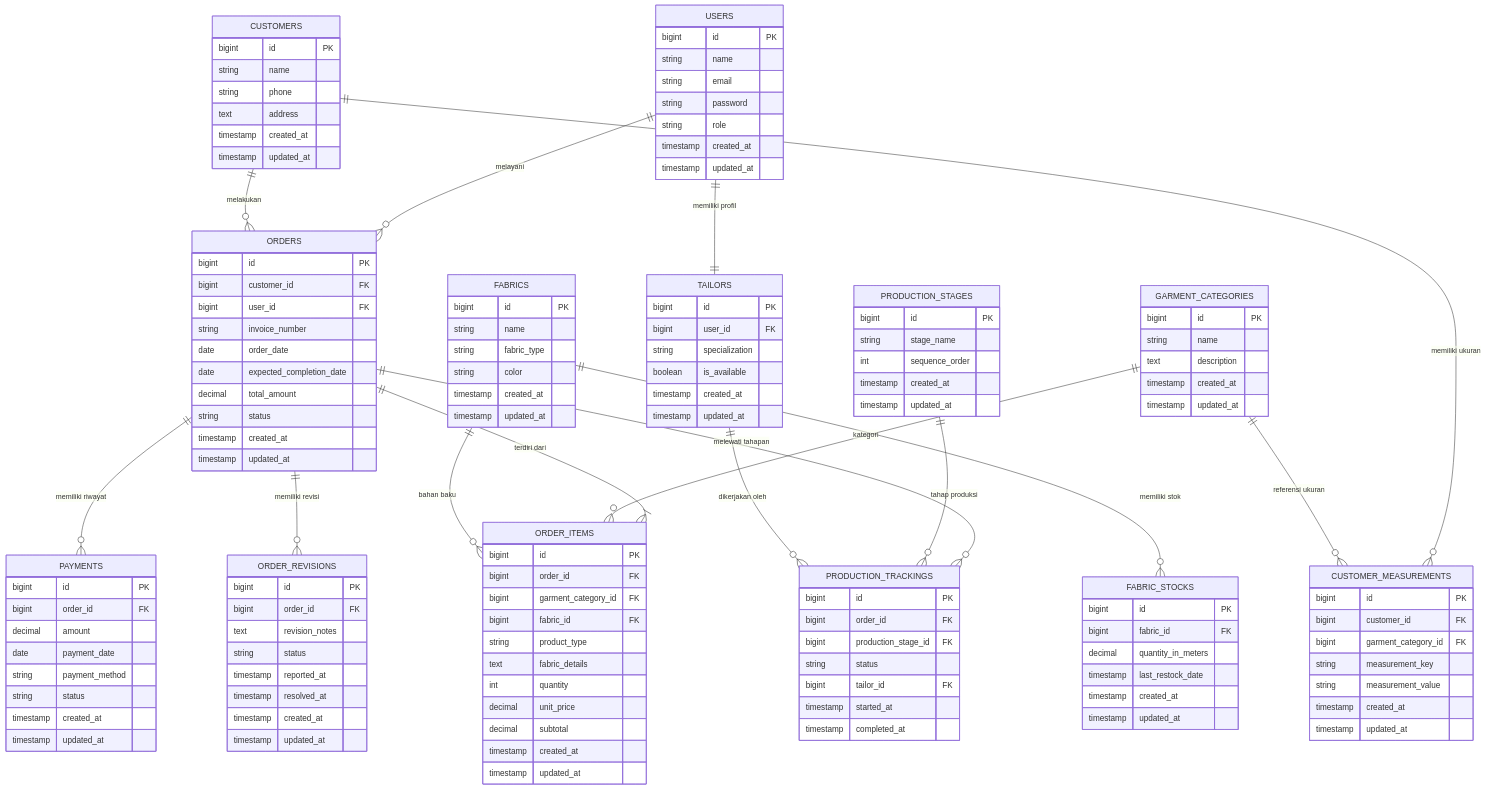
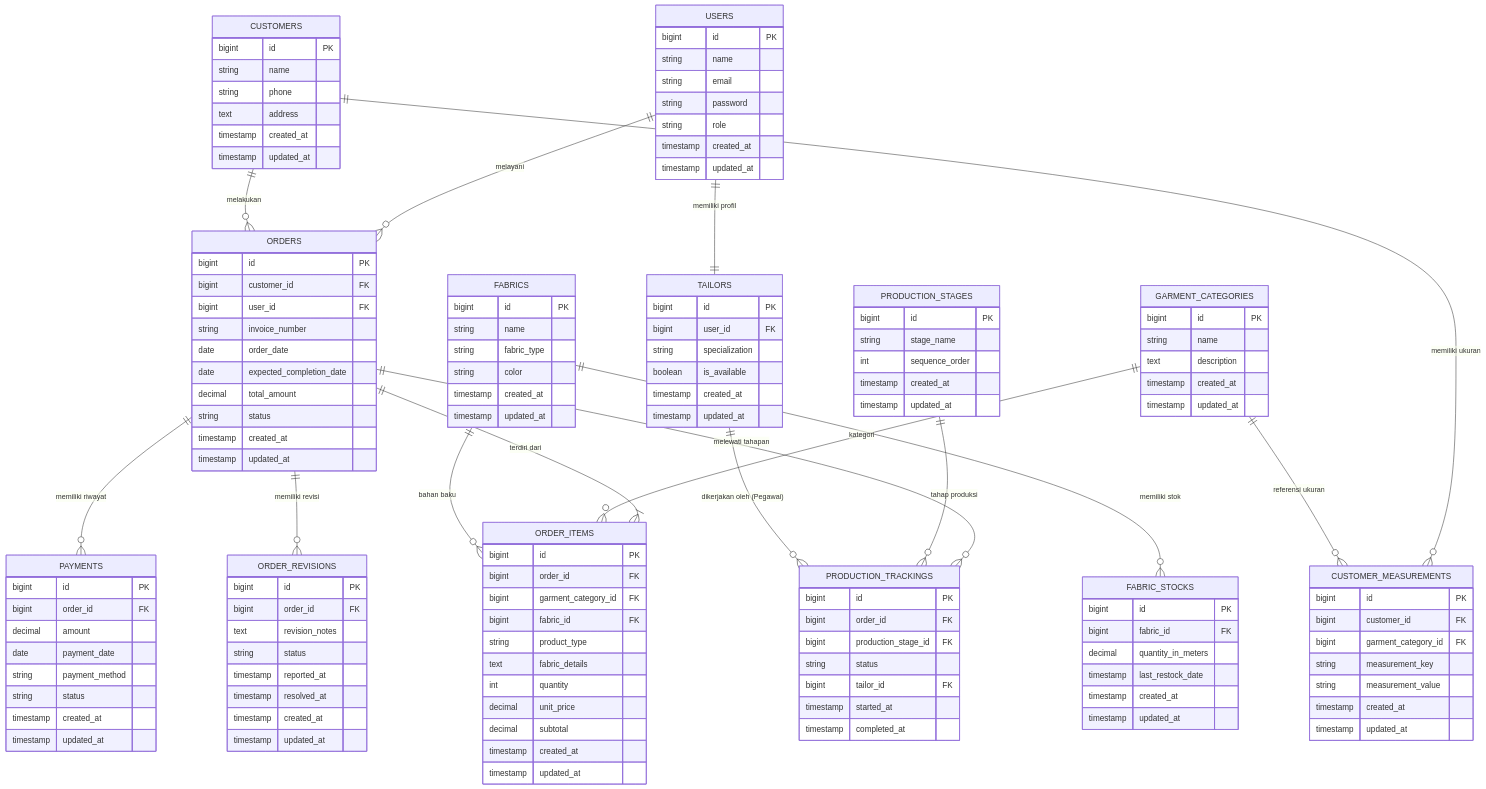
Before and after one commit to Auliasftrii/Sistem-Manajemen-Jasa-Produksi-Tailor: the diagram in PRD.md, drawn with Mermaid. The commit also changed other lines of this file and 20 other files, not shown here.

```diff
--- a/PRD.md
+++ b/PRD.md
@@ -89,7 +91,7 @@
     FABRICS ||--o{ FABRIC_STOCKS : "memiliki stok"
     FABRICS ||--o{ ORDER_ITEMS : "bahan baku"
     PRODUCTION_STAGES ||--o{ PRODUCTION_TRACKINGS : "tahap produksi"
-    TAILORS ||--o{ PRODUCTION_TRACKINGS : "dikerjakan oleh"
+    TAILORS ||--o{ PRODUCTION_TRACKINGS : "dikerjakan oleh (Pegawai)"
 
     USERS {
         bigint id PK
```
